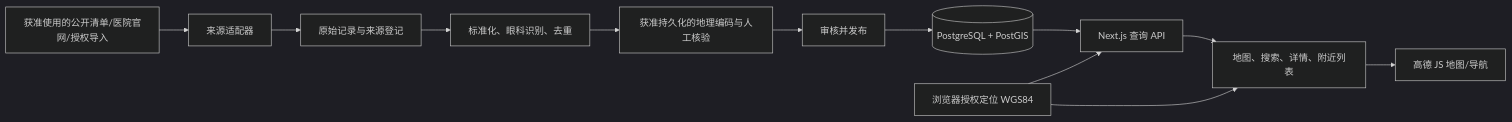
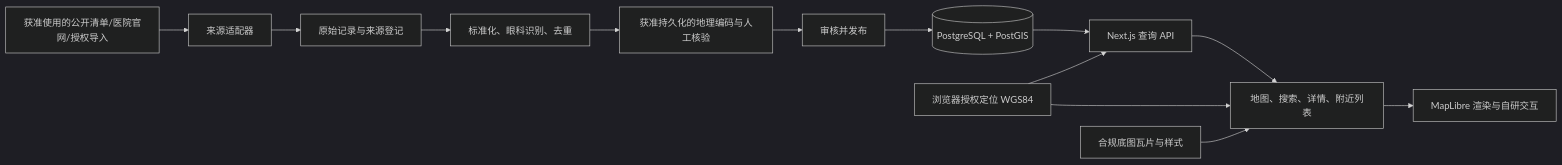
The diagram in docs/superpowers/specs/2026-10-01-eye-care-map-design.md (zhangchaonan906-lab/eye-care-resource-map), drawn with Mermaid (dark theme) before and after one commit. The commit also changed other lines of this file, not shown here.

Commit message:
docs: design self-managed map experience with licensed basemap

````diff
--- a/docs/superpowers/specs/2026-10-01-eye-care-map-design.md
+++ b/docs/superpowers/specs/2026-10-01-eye-care-map-design.md
@@ -37,14 +41,15 @@
 ```mermaid
 flowchart LR
   A[获准使用的公开清单/医院官网/授权导入] --> B[来源适配器]
   B --> C[原始记录与来源登记]
   C --> D[标准化、眼科识别、去重]
   D --> E[获准持久化的地理编码与人工核验]
   E --> F[审核并发布]
   F --> G[(PostgreSQL + PostGIS)]
   G --> H[Next.js 查询 API]
   H --> I[地图、搜索、详情、附近列表]
   J[浏览器授权定位 WGS84] --> H
   J --> I
-  I --> K[高德 JS 地图/导航]
+  L[合规底图瓦片与样式] --> I
+  I --> K[MapLibre 渲染与自研交互]
 ```
````
